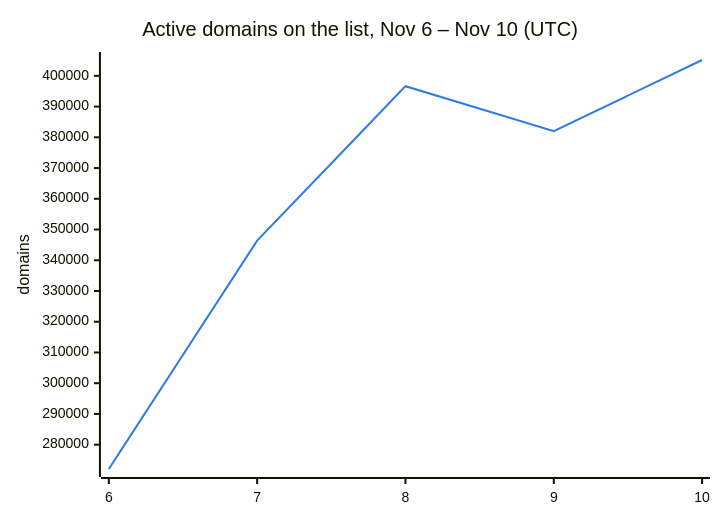
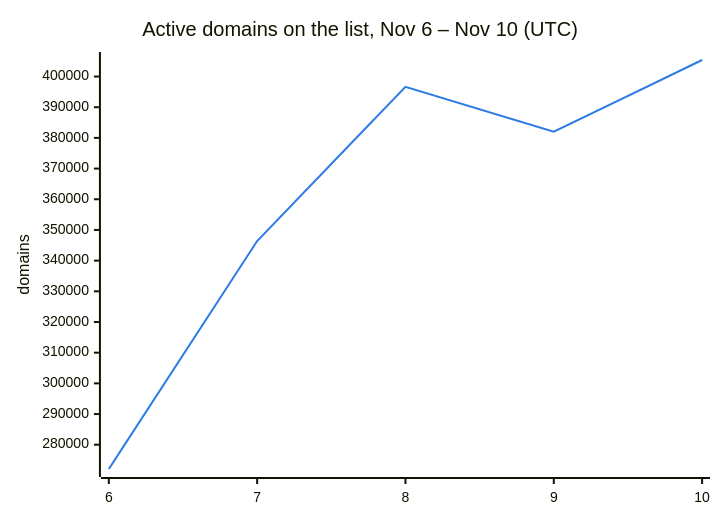
Before and after one commit to DNSBunker/CTI: the second of 3 diagrams in README.md, drawn with Mermaid. The commit also changed other lines of this file and 3 other files, not shown here.

````diff
--- a/README.md
+++ b/README.md
@@ -38,8 +38,8 @@
 ```mermaid
 %%{init: {"themeVariables": {"xyChart": {"plotColorPalette": "#2c7be5"}}}}%%
 xychart-beta
     title "Active domains on the list, Nov 6 – Nov 10 (UTC)"
     x-axis ["6", "7", "8", "9", "10"]
     y-axis "domains"
-    line [272088, 346388, 396638, 382009, 405152]
+    line [272088, 346388, 396638, 382009, 405388]
 ```
````
